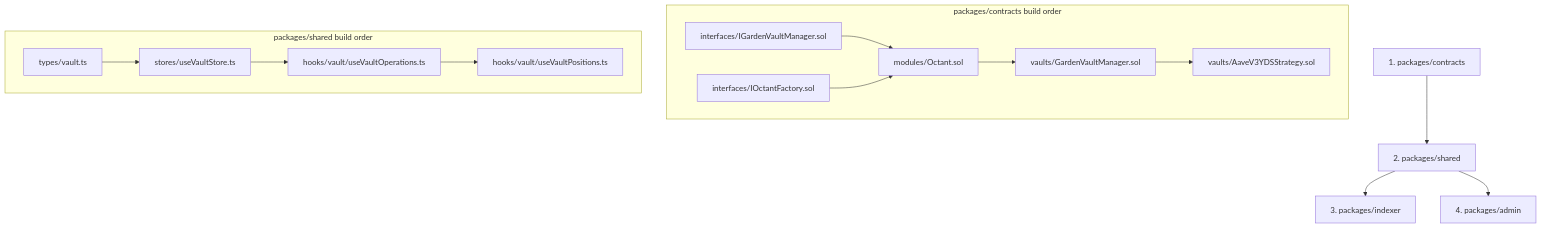
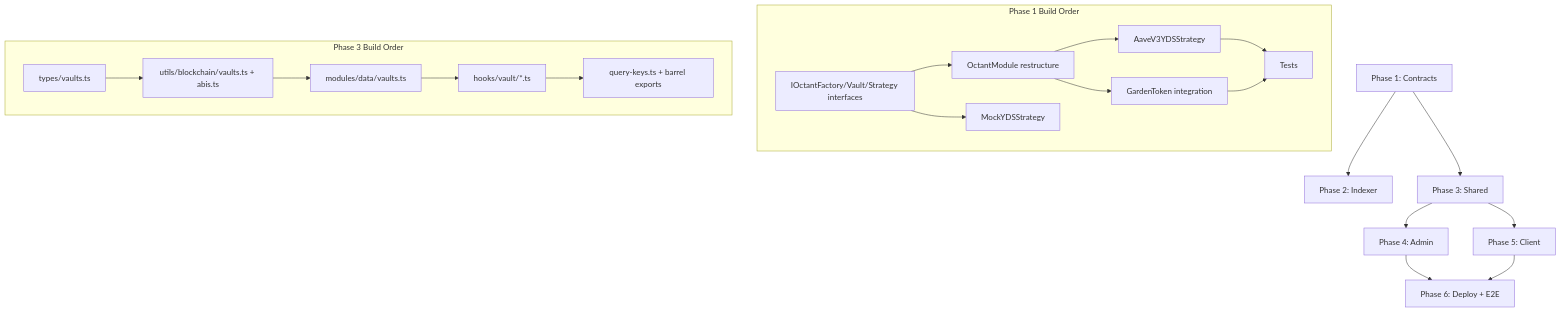
Before and after one commit to greenpill-dev-guild/green-goods: the second of 2 diagrams in docs/docs/specs/octant/octant-tech-spec.md, drawn with Mermaid. The commit also changed other lines of this file and 7 other files, not shown here.

First line of the commit message:
docs(octant): update vault specs, plans, and cross-chain appendix

````diff
--- a/docs/docs/specs/octant/octant-tech-spec.md
+++ b/docs/docs/specs/octant/octant-tech-spec.md
@@ -970,30 +606,32 @@
 ```mermaid
 graph TD
-    A["1. packages/contracts"] --> B["2. packages/shared"]
-    B --> C["3. packages/indexer"]
-    B --> D["4. packages/admin"]
+    A["Phase 1: Contracts"] --> B["Phase 2: Indexer"]
+    A --> C["Phase 3: Shared"]
+    C --> D["Phase 4: Admin"]
+    C --> E["Phase 5: Client"]
+    D --> F["Phase 6: Deploy + E2E"]
+    E --> F
 
-    subgraph Contracts["packages/contracts build order"]
-        C1["interfaces/IGardenVaultManager.sol"]
-        C2["interfaces/IOctantFactory.sol"]
-        C3["modules/Octant.sol"]
-        C4["vaults/GardenVaultManager.sol"]
-        C5["vaults/AaveV3YDSStrategy.sol"]
-
-        C1 --> C3
-        C2 --> C3
-        C3 --> C4
-        C4 --> C5
+    subgraph Contracts["Phase 1 Build Order"]
+        C1["IOctantFactory/Vault/Strategy interfaces"]
+        C2["OctantModule restructure"]
+        C3["AaveV3YDSStrategy"]
+        C4["MockYDSStrategy"]
+        C5["GardenToken integration"]
+        C6["Tests"]
+        C1 --> C2 --> C3
+        C1 --> C4
+        C2 --> C5
+        C3 --> C6
+        C5 --> C6
     end
 
-    subgraph Shared["packages/shared build order"]
-        S1["types/vault.ts"]
-        S2["stores/useVaultStore.ts"]
-        S3["hooks/vault/useVaultOperations.ts"]
-        S4["hooks/vault/useVaultPositions.ts"]
-
-        S1 --> S2
-        S2 --> S3
-        S3 --> S4
+    subgraph Shared["Phase 3 Build Order"]
+        S1["types/vaults.ts"]
+        S2["utils/blockchain/vaults.ts + abis.ts"]
+        S3["modules/data/vaults.ts"]
+        S4["hooks/vault/*.ts"]
+        S5["query-keys.ts + barrel exports"]
+        S1 --> S2 --> S3 --> S4 --> S5
     end
 ```
````
